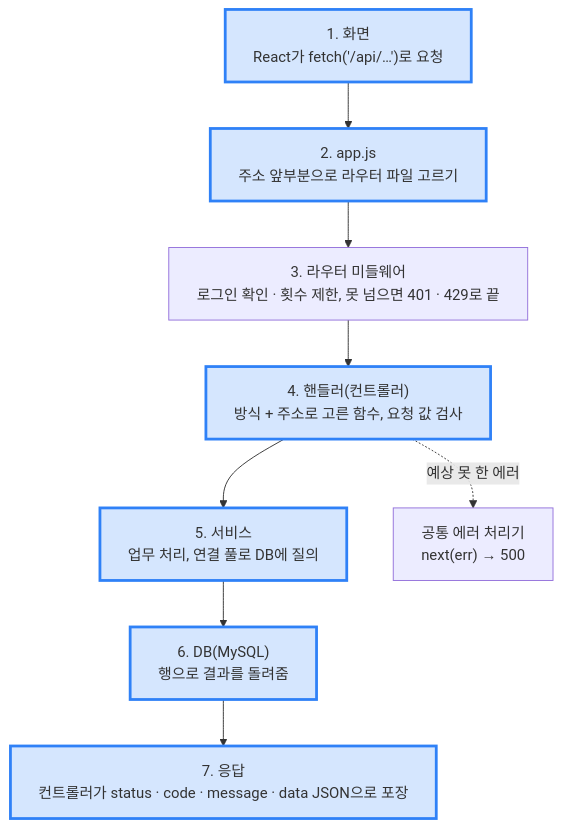
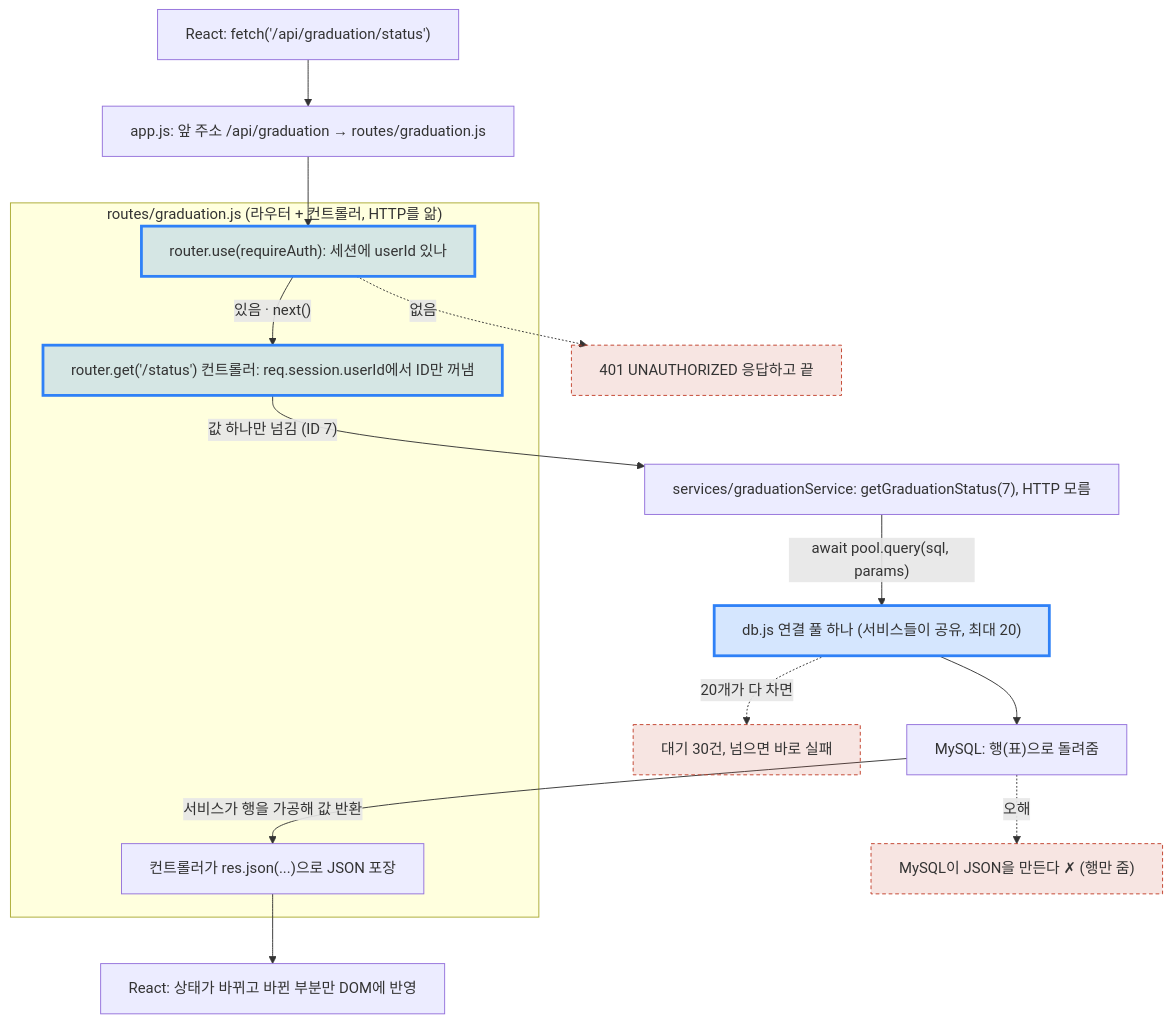
The first of 4 diagrams in 2026/November/11-03.md (ChildrenAon/TIL), drawn with Mermaid before and after one commit. The commit also changed other lines of this file, not shown here.

Commit message:
[ONE Student] 요청 흐름 [JavaScript] 모듈 · async [정보보안] 전자서명 · PKI
고침: 맨 위 그림을 그날 내용이 담긴 그림 한 장으로 바꿈

````diff
--- a/2026/November/11-03.md
+++ b/2026/November/11-03.md
@@ -27,13 +28,24 @@
 ```mermaid
 %%{init: {"flowchart": {"wrappingWidth": 600}, "themeCSS": ".edgeLabel div { display: table-cell !important; width: auto !important; max-width: none !important; white-space: nowrap !important; } .edgeLabel p { padding: 5px 12px !important; margin: 0 !important; background: #55555599; } .edgeLabel, .edgeLabel span, .edgeLabel .labelBkg { background: transparent !important; }"}}%%
 flowchart TD
-  A["1. 화면<br/>React가 fetch('/api/…')로 요청"] --> B["2. app.js<br/>주소 앞부분으로 라우터 파일 고르기"]
-  B --> C["3. 라우터 미들웨어<br/>로그인 확인 · 횟수 제한, 못 넘으면 401 · 429로 끝"]
-  C --> D["4. 핸들러(컨트롤러)<br/>방식 + 주소로 고른 함수, 요청 값 검사"]
-  D --> E["5. 서비스<br/>업무 처리, 연결 풀로 DB에 질의"]
-  E --> F["6. DB(MySQL)<br/>행으로 결과를 돌려줌"]
-  F --> G["7. 응답<br/>컨트롤러가 status · code · message · data JSON으로 포장"]
-  D -.->|"예상 못 한 에러"| H["공통 에러 처리기<br/>next(err) → 500"]
+  A["React: fetch('/api/graduation/status')"] --> B["app.js: 앞 주소 /api/graduation → routes/graduation.js"]
+  subgraph RT["routes/graduation.js (라우터 + 컨트롤러, HTTP를 앎)"]
+    C["router.use(requireAuth): 세션에 userId 있나"]
+    D["router.get('/status') 컨트롤러: req.session.userId에서 ID만 꺼냄"]
+    R["컨트롤러가 res.json(...)으로 JSON 포장"]
+  end
+  B --> C
+  C -.->|"없음"| X["401 UNAUTHORIZED 응답하고 끝"]
+  C -->|"있음 · next()"| D
+  D -->|"값 하나만 넘김 (ID 7)"| E["services/graduationService: getGraduationStatus(7), HTTP 모름"]
+  E -->|"await pool.query(sql, params)"| P["db.js 연결 풀 하나 (서비스들이 공유, 최대 20)"]
+  P --> M["MySQL: 행(표)으로 돌려줌"]
+  M -->|"서비스가 행을 가공해 값 반환"| R
+  R --> F["React: 상태가 바뀌고 바뀐 부분만 DOM에 반영"]
+  P -.->|"20개가 다 차면"| Q["대기 30건, 넘으면 바로 실패"]
+  M -.->|"오해"| W["MySQL이 JSON을 만든다 ✗ (행만 줌)"]
   classDef seen fill:#2f81f733,stroke:#2f81f7,stroke-width:3px
-  class A,B,D,E,F,G seen
+  classDef bad fill:#c2402a22,stroke:#c2402a,stroke-dasharray:4 3
+  class C,D,P seen
+  class X,Q,W bad
 ```
````
